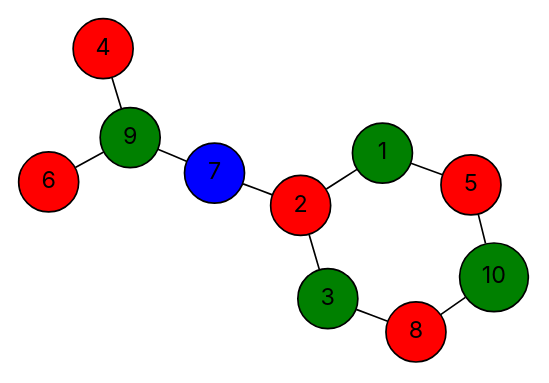
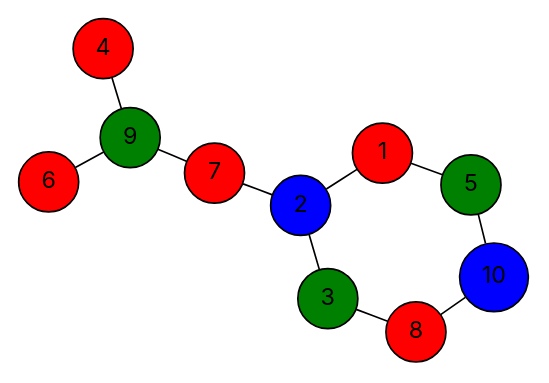
One commit to vercah/vertex-coloring changed the diagram in data/final-dots/ex-01-parallel.dot. Above: the diagram before and after it, drawn with Graphviz. The commit also changed 144 other files, not shown here.

```diff
--- a/data/final-dots/ex-01-parallel.dot
+++ b/data/final-dots/ex-01-parallel.dot
@@ -1,26 +1,26 @@
 graph G {
   layout=neato;
   overlap=false;
   splines=true;
   node [shape=circle, style=filled, fontname=Inter];
-  1 [label="1", fillcolor="green", tooltip="v1 color 1"];
-  2 [label="2", fillcolor="red", tooltip="v2 color 0"];
+  1 [label="1", fillcolor="red", tooltip="v1 color 0"];
+  2 [label="2", fillcolor="blue", tooltip="v2 color 2"];
   3 [label="3", fillcolor="green", tooltip="v3 color 1"];
   4 [label="4", fillcolor="red", tooltip="v4 color 0"];
-  5 [label="5", fillcolor="red", tooltip="v5 color 0"];
+  5 [label="5", fillcolor="green", tooltip="v5 color 1"];
   6 [label="6", fillcolor="red", tooltip="v6 color 0"];
-  7 [label="7", fillcolor="blue", tooltip="v7 color 2"];
+  7 [label="7", fillcolor="red", tooltip="v7 color 0"];
   8 [label="8", fillcolor="red", tooltip="v8 color 0"];
   9 [label="9", fillcolor="green", tooltip="v9 color 1"];
-  10 [label="10", fillcolor="green", tooltip="v10 color 1"];
+  10 [label="10", fillcolor="blue", tooltip="v10 color 2"];
   1 -- 2;
   1 -- 5;
   2 -- 3;
   2 -- 7;
   3 -- 8;
   4 -- 9;
   5 -- 10;
   6 -- 9;
   7 -- 9;
   8 -- 10;
 }
```
